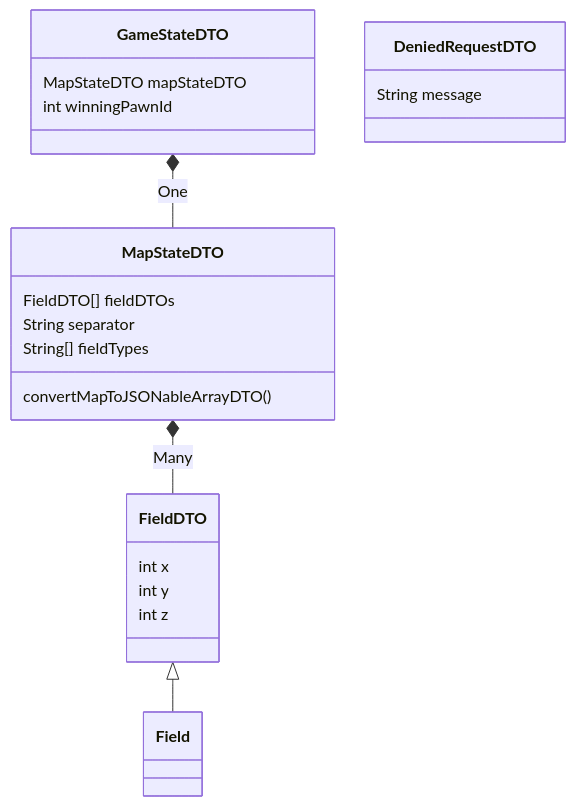
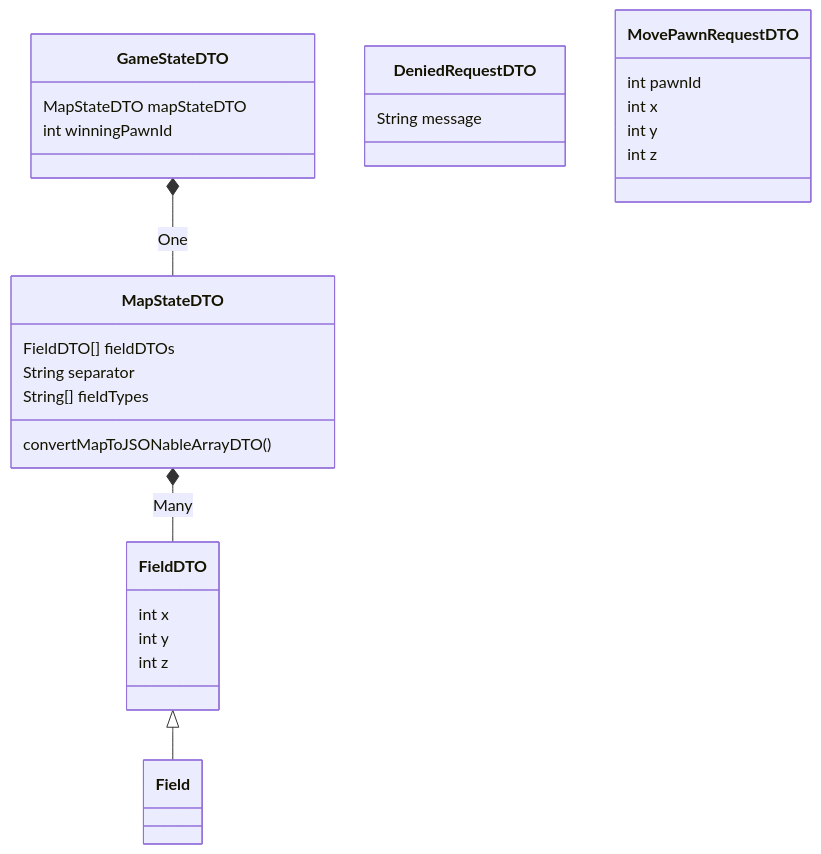
Before and after one commit to stijnlinderman/eldorado: the third of 3 diagrams in ARCHITECTURE.md, drawn with Mermaid.

````diff
--- a/ARCHITECTURE.md
+++ b/ARCHITECTURE.md
@@ -45,16 +45,22 @@
 ```mermaid
 classDiagram
 	GameStateDTO *-- MapStateDTO : One
 	GameStateDTO : MapStateDTO mapStateDTO
 	GameStateDTO : int winningPawnId
 	MapStateDTO *-- FieldDTO : Many
 	MapStateDTO : FieldDTO[] fieldDTOs
 	MapStateDTO : String separator
 	MapStateDTO : String[] fieldTypes
 	MapStateDTO : convertMapToJSONableArrayDTO()
 	FieldDTO : int x
 	FieldDTO : int y
 	FieldDTO : int z
 	FieldDTO <|-- Field
+	DeniedRequestDTO
 	DeniedRequestDTO : String message
+	MovePawnRequestDTO
+	MovePawnRequestDTO : int pawnId
+	MovePawnRequestDTO : int x
+	MovePawnRequestDTO : int y
+	MovePawnRequestDTO : int z
 ```
````
